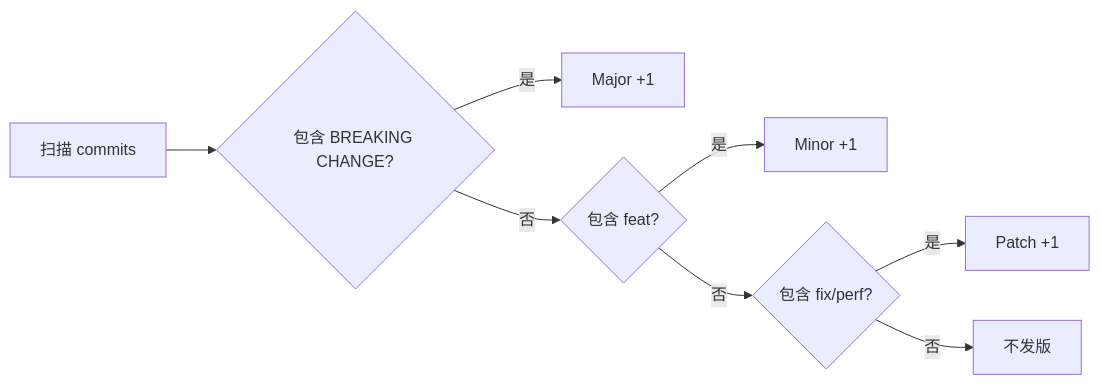
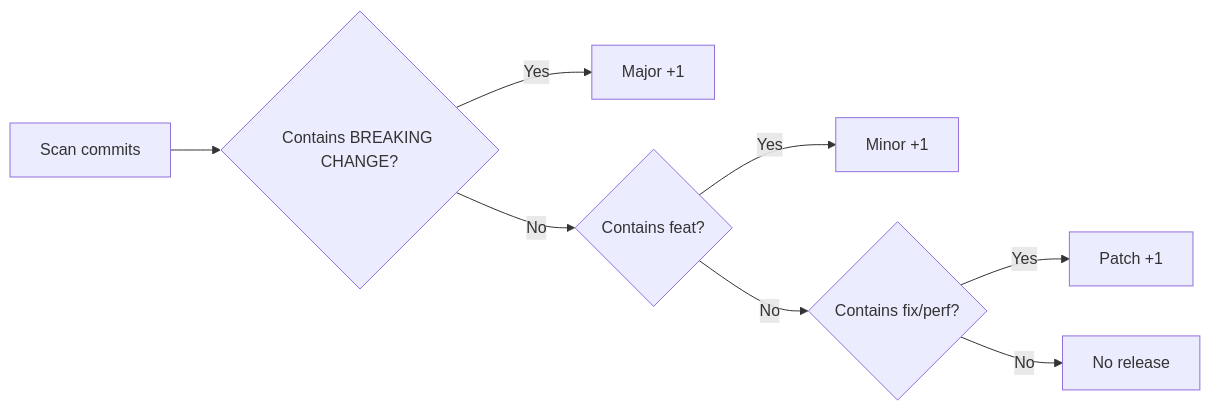
One commit to huarangmeng/latex changed the diagram in CONTRIBUTING.md. Above: the diagram before and after it, drawn with Mermaid. The commit also changed other lines of this file and 1 other file, not shown here.

````diff
--- a/CONTRIBUTING.md
+++ b/CONTRIBUTING.md
@@ -264,10 +268,10 @@
 ```mermaid
 graph LR
-    A[扫描 commits] --> B{包含 BREAKING CHANGE?}
-    B -->|是| C[Major +1]
-    B -->|否| D{包含 feat?}
-    D -->|是| E[Minor +1]
-    D -->|否| F{包含 fix/perf?}
-    F -->|是| G[Patch +1]
-    F -->|否| H[不发版]
+    A[Scan commits] --> B{Contains BREAKING CHANGE?}
+    B -->|Yes| C[Major +1]
+    B -->|No| D{Contains feat?}
+    D -->|Yes| E[Minor +1]
+    D -->|No| F{Contains fix/perf?}
+    F -->|Yes| G[Patch +1]
+    F -->|No| H[No release]
 ```
````
